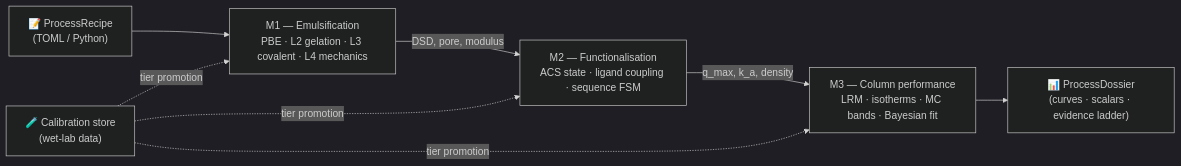
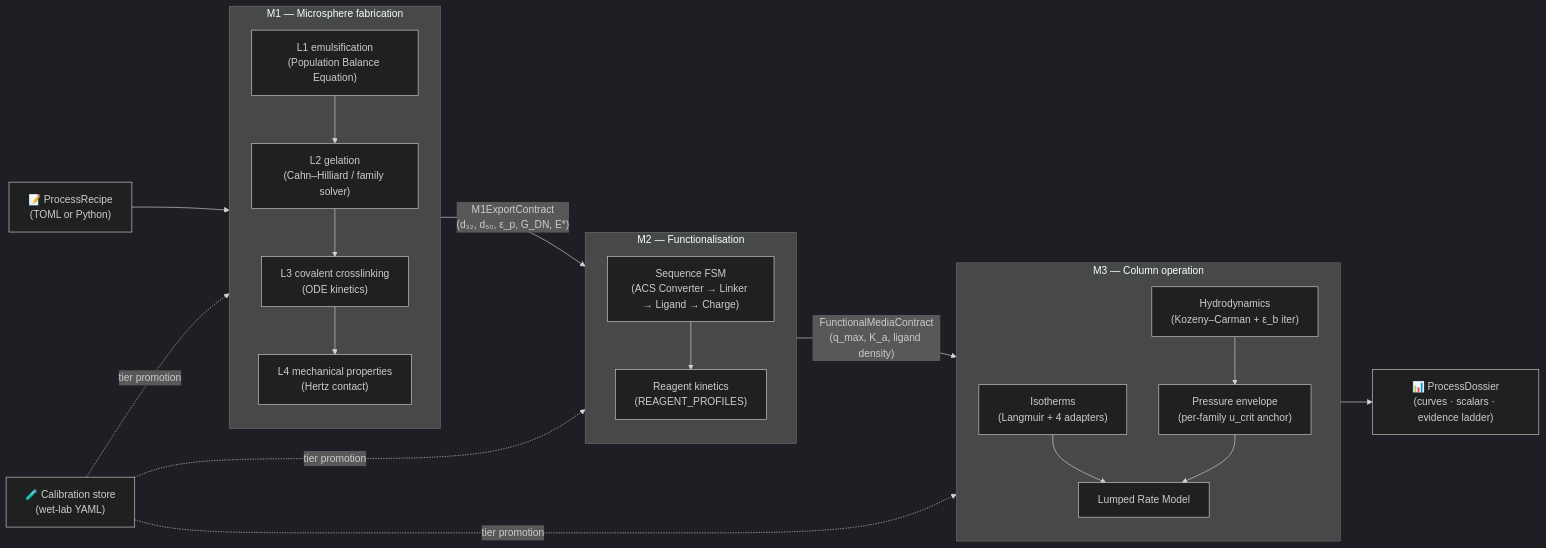
Before and after one commit to tocvicmeng-prog/Downstream-Processing-Simulator: the first of 5 diagrams in README.md, drawn with Mermaid (dark theme). The commit also changed other lines of this file and 4 other files, not shown here.

````diff
--- a/README.md
+++ b/README.md
@@ -12,10 +76,32 @@
 ```mermaid
 flowchart LR
-    R["📝 ProcessRecipe<br/>(TOML / Python)"] --> M1["M1 — Emulsification<br/>PBE · L2 gelation · L3 covalent · L4 mechanics"]
-    M1 -->|"DSD, pore, modulus"| M2["M2 — Functionalisation<br/>ACS state · ligand coupling · sequence FSM"]
-    M2 -->|"q_max, k_a, density"| M3["M3 — Column performance<br/>LRM · isotherms · MC bands · Bayesian fit"]
+    R["📝 ProcessRecipe<br/>(TOML or Python)"]
+    R --> M1
+    subgraph M1["M1 — Microsphere fabrication"]
+        L1["L1 emulsification<br/>(Population Balance Equation)"]
+        L2["L2 gelation<br/>(Cahn–Hilliard / family solver)"]
+        L3["L3 covalent crosslinking<br/>(ODE kinetics)"]
+        L4["L4 mechanical properties<br/>(Hertz contact)"]
+        L1 --> L2 --> L3 --> L4
+    end
+    M1 -- "M1ExportContract<br/>(d₃₂, d₅₀, ε_p, G_DN, E*)" --> M2
+    subgraph M2["M2 — Functionalisation"]
+        S["Sequence FSM<br/>(ACS Converter → Linker → Ligand → Charge)"]
+        K["Reagent kinetics<br/>(REAGENT_PROFILES)"]
+        S --> K
+    end
+    M2 -- "FunctionalMediaContract<br/>(q_max, K_a, ligand density)" --> M3
+    subgraph M3["M3 — Column operation"]
+        H["Hydrodynamics<br/>(Kozeny–Carman + ε_b iter)"]
+        E["Pressure envelope<br/>(per-family u_crit anchor)"]
+        I["Isotherms<br/>(Langmuir + 4 adapters)"]
+        T["Lumped Rate Model"]
+        H --> E
+        I --> T
+        E --> T
+    end
     M3 --> O["📊 ProcessDossier<br/>(curves · scalars · evidence ladder)"]
-    C["🧪 Calibration store<br/>(wet-lab data)"] -.->|"tier promotion"| M1
+    C["🧪 Calibration store<br/>(wet-lab YAML)"] -.->|"tier promotion"| M1
     C -.->|"tier promotion"| M2
     C -.->|"tier promotion"| M3
 ```
````
